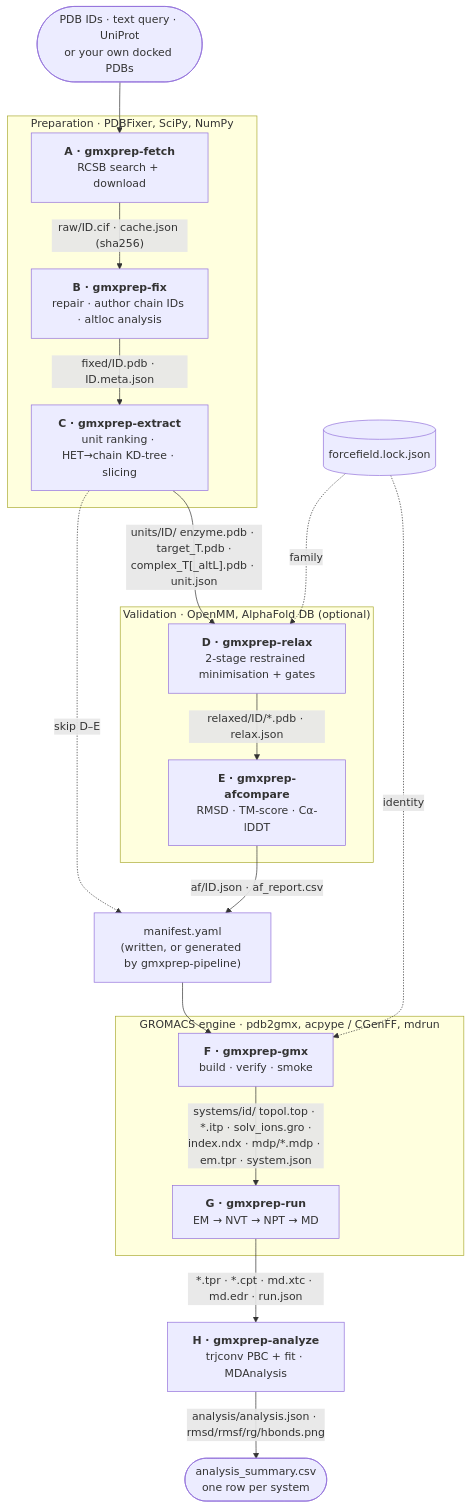
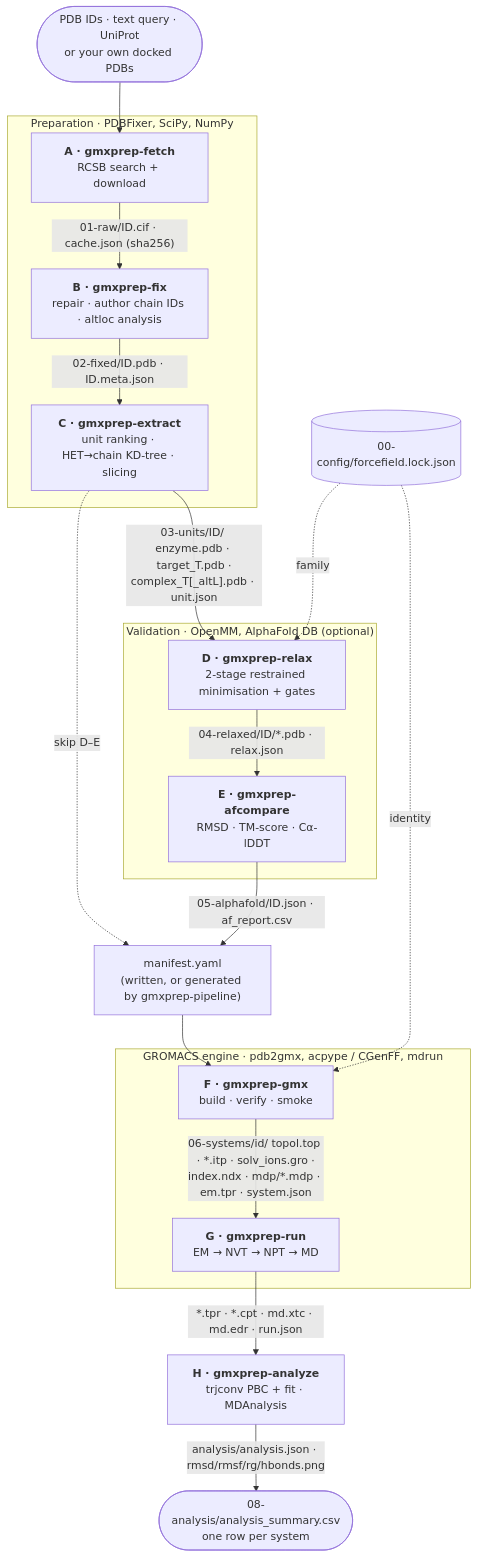
One commit to markbujehein/gromatrix changed the second of 2 diagrams in README.md. Above: the diagram before and after it, drawn with Mermaid. The commit also changed other lines of this file and 60 other files, not shown here.

````diff
--- a/README.md
+++ b/README.md
@@ -103,36 +103,36 @@
 ```mermaid
 flowchart TB
     IN(["PDB IDs · text query · UniProt<br/>or your own docked PDBs"]) --> A
-    LOCK[("forcefield.lock.json")]
+    LOCK[("00-config/forcefield.lock.json")]
 
     subgraph PREP["Preparation · PDBFixer, SciPy, NumPy"]
         A["<b>A · gmxprep-fetch</b><br/>RCSB search + download"]
         B["<b>B · gmxprep-fix</b><br/>repair · author chain IDs · altloc analysis"]
         C["<b>C · gmxprep-extract</b><br/>unit ranking · HET→chain KD-tree · slicing"]
-        A -->|"raw/ID.cif · cache.json (sha256)"| B
-        B -->|"fixed/ID.pdb · ID.meta.json"| C
+        A -->|"01-raw/ID.cif · cache.json (sha256)"| B
+        B -->|"02-fixed/ID.pdb · ID.meta.json"| C
     end
 
     subgraph VAL["Validation · OpenMM, AlphaFold DB (optional)"]
         D["<b>D · gmxprep-relax</b><br/>2-stage restrained minimisation + gates"]
         E["<b>E · gmxprep-afcompare</b><br/>RMSD · TM-score · Cα-lDDT"]
-        D -->|"relaxed/ID/*.pdb · relax.json"| E
+        D -->|"04-relaxed/ID/*.pdb · relax.json"| E
     end
 
-    C -->|"units/ID/ enzyme.pdb · target_T.pdb ·<br/>complex_T[_altL].pdb · unit.json"| D
+    C -->|"03-units/ID/ enzyme.pdb · target_T.pdb ·<br/>complex_T[_altL].pdb · unit.json"| D
     C -.->|"skip D–E"| MAN
-    E -->|"af/ID.json · af_report.csv"| MAN["manifest.yaml<br/>(written, or generated by gmxprep-pipeline)"]
+    E -->|"05-alphafold/ID.json · af_report.csv"| MAN["manifest.yaml<br/>(written, or generated by gmxprep-pipeline)"]
 
     subgraph GMX["GROMACS engine · pdb2gmx, acpype / CGenFF, mdrun"]
         F["<b>F · gmxprep-gmx</b><br/>build · verify · smoke"]
         G["<b>G · gmxprep-run</b><br/>EM → NVT → NPT → MD"]
-        F -->|"systems/id/ topol.top · *.itp · solv_ions.gro ·<br/>index.ndx · mdp/*.mdp · em.tpr · system.json"| G
+        F -->|"06-systems/id/ topol.top · *.itp · solv_ions.gro ·<br/>index.ndx · mdp/*.mdp · em.tpr · system.json"| G
     end
 
     MAN --> F
     G -->|"*.tpr · *.cpt · md.xtc · md.edr · run.json"| H["<b>H · gmxprep-analyze</b><br/>trjconv PBC + fit · MDAnalysis"]
-    H -->|"analysis/analysis.json · rmsd/rmsf/rg/hbonds.png"| OUT(["analysis_summary.csv<br/>one row per system"])
+    H -->|"analysis/analysis.json · rmsd/rmsf/rg/hbonds.png"| OUT(["08-analysis/analysis_summary.csv<br/>one row per system"])
 
     LOCK -.->|"family"| D
     LOCK -.->|"identity"| F
 ```
````
